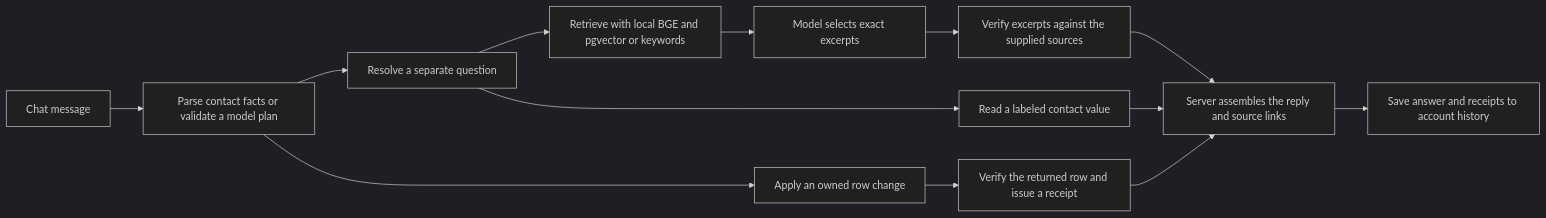
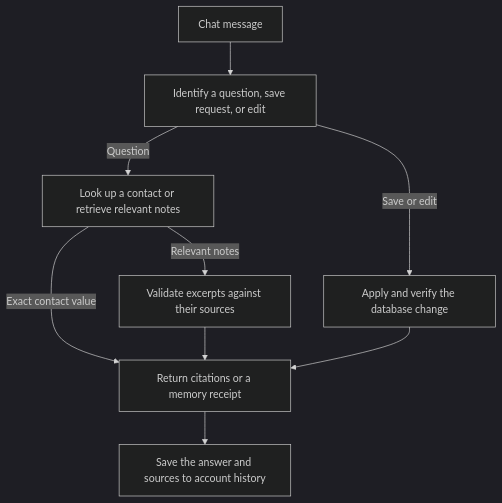
The diagram in README.md (kudala-bharani/ai-second-brain), drawn with Mermaid (dark theme) before and after one commit. The commit also changed other lines of this file, not shown here.

````diff
--- a/README.md
+++ b/README.md
@@ -35,15 +29,11 @@
 ```mermaid
-flowchart LR
-    Chat[Chat message] --> Intent[Parse contact facts or validate a model plan]
-    Intent --> Write[Apply an owned row change]
-    Write --> Receipt[Verify the returned row and issue a receipt]
-    Intent --> Read[Resolve a separate question]
-    Read --> Exact[Read a labeled contact value]
-    Read --> Retrieve[Retrieve with local BGE and pgvector or keywords]
-    Retrieve --> Select[Model selects exact excerpts]
-    Select --> Check[Verify excerpts against the supplied sources]
-    Check --> Reply[Server assembles the reply and source links]
-    Exact --> Reply
-    Receipt --> Reply
-    Reply --> History[Save answer and receipts to account history]
+flowchart TD
+    Message["Chat message"] --> Intent["Identify a question, save request, or edit"]
+    Intent -->|Question| Search["Look up a contact or retrieve relevant notes"]
+    Search -->|Relevant notes| Evidence["Validate excerpts against their sources"]
+    Search -->|Exact contact value| Reply
+    Intent -->|Save or edit| Write["Apply and verify the database change"]
+    Evidence --> Reply["Return citations or a memory receipt"]
+    Write --> Reply
+    Reply --> History["Save the answer and sources to account history"]
 ```
````
